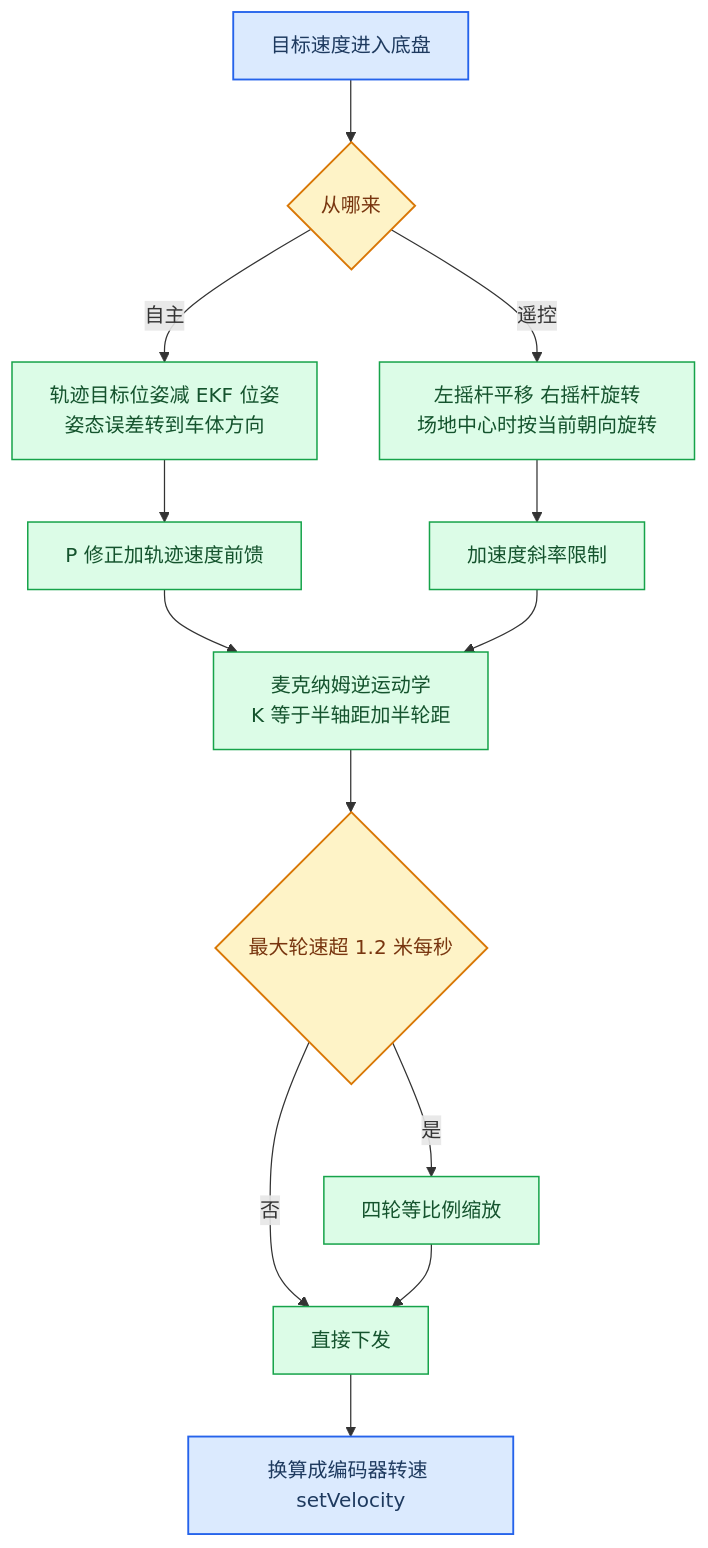
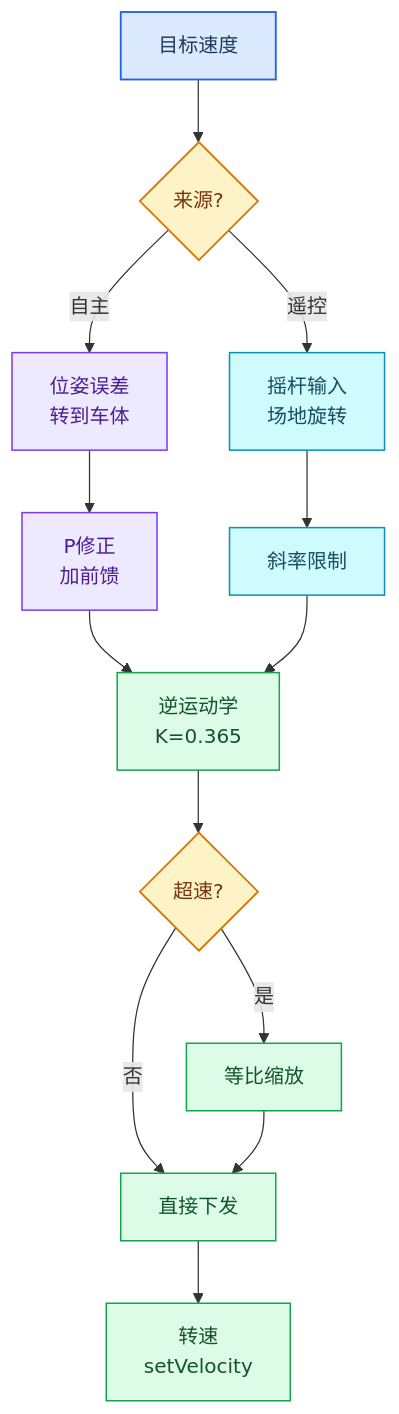
One commit to Maxxj333/KeystoneFTC-code changed the first of 5 diagrams in README.md. Above: the diagram before and after it, drawn with Mermaid. The commit also changed other lines of this file, not shown here.

Commit message:
Tighten Mermaid labels, add semantic colors and vertical lists for narrow screens

````diff
--- a/README.md
+++ b/README.md
@@ -19,21 +29,25 @@
 ```mermaid
 flowchart TD
-    A["目标速度进入底盘"] --> B{"从哪来"}
-    B -->|"自主"| C["轨迹目标位姿减 EKF 位姿<br/>姿态误差转到车体方向"]
-    C --> D["P 修正加轨迹速度前馈"]
-    B -->|"遥控"| E["左摇杆平移 右摇杆旋转<br/>场地中心时按当前朝向旋转"]
-    E --> F["加速度斜率限制"]
-    D --> G["麦克纳姆逆运动学<br/>K 等于半轴距加半轮距"]
+    A["目标速度"] --> B{"来源?"}
+    B -->|"自主"| C["位姿误差<br/>转到车体"]
+    C --> D["P修正<br/>加前馈"]
+    B -->|"遥控"| E["摇杆输入<br/>场地旋转"]
+    E --> F["斜率限制"]
+    D --> G["逆运动学<br/>K=0.365"]
     F --> G
-    G --> H{"最大轮速超 1.2 米每秒"}
-    H -->|"是"| I["四轮等比例缩放"]
+    G --> H{"超速?"}
+    H -->|"是"| I["等比缩放"]
     H -->|"否"| J["直接下发"]
     I --> J
-    J --> K["换算成编码器转速 setVelocity"]
-    classDef start fill:#dbeafe,stroke:#2563eb,stroke-width:1.5px,color:#1e3a5f
-    classDef decision fill:#fef3c7,stroke:#d97706,stroke-width:1.5px,color:#78350f
-    classDef process fill:#dcfce7,stroke:#16a34a,stroke-width:1.2px,color:#14532d
-    class A,K start
-    class B,H decision
-    class C,D,E,F,G,I,J process
+    J --> K["转速<br/>setVelocity"]
+    classDef blue fill:#DBEAFE,stroke:#2563EB,stroke-width:1.5px,color:#1E3A5F
+    classDef yellow fill:#FEF3C7,stroke:#D97706,stroke-width:1.5px,color:#78350F
+    classDef green fill:#DCFCE7,stroke:#16A34A,stroke-width:1.2px,color:#14532D
+    classDef purple fill:#EDE9FE,stroke:#7C3AED,stroke-width:1.2px,color:#4C1D95
+    classDef cyan fill:#CFFAFE,stroke:#0891B2,stroke-width:1.2px,color:#164E63
+    class A blue
+    class B,H yellow
+    class C,D purple
+    class E,F cyan
+    class G,I,J,K green
 ```
````
